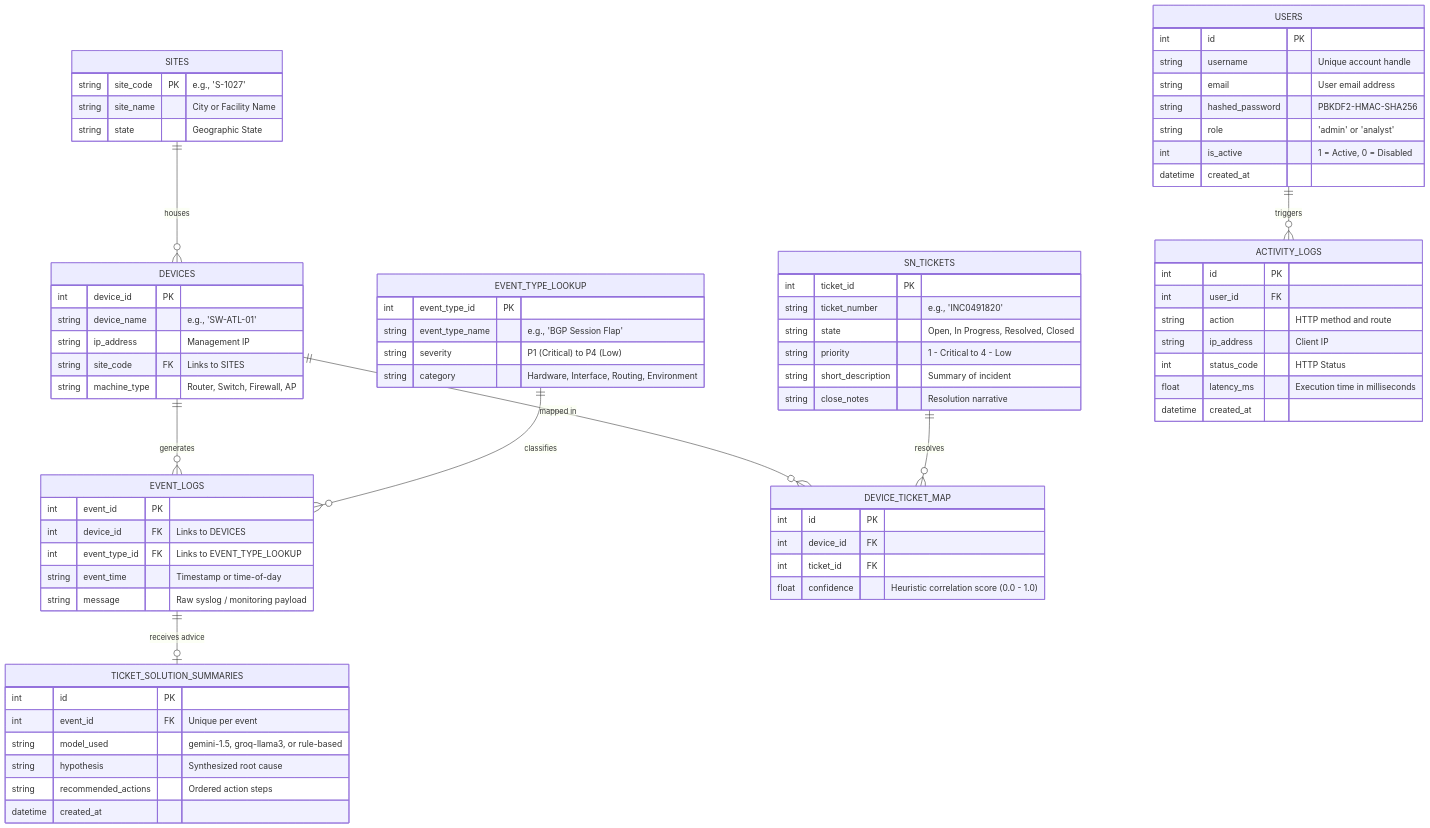
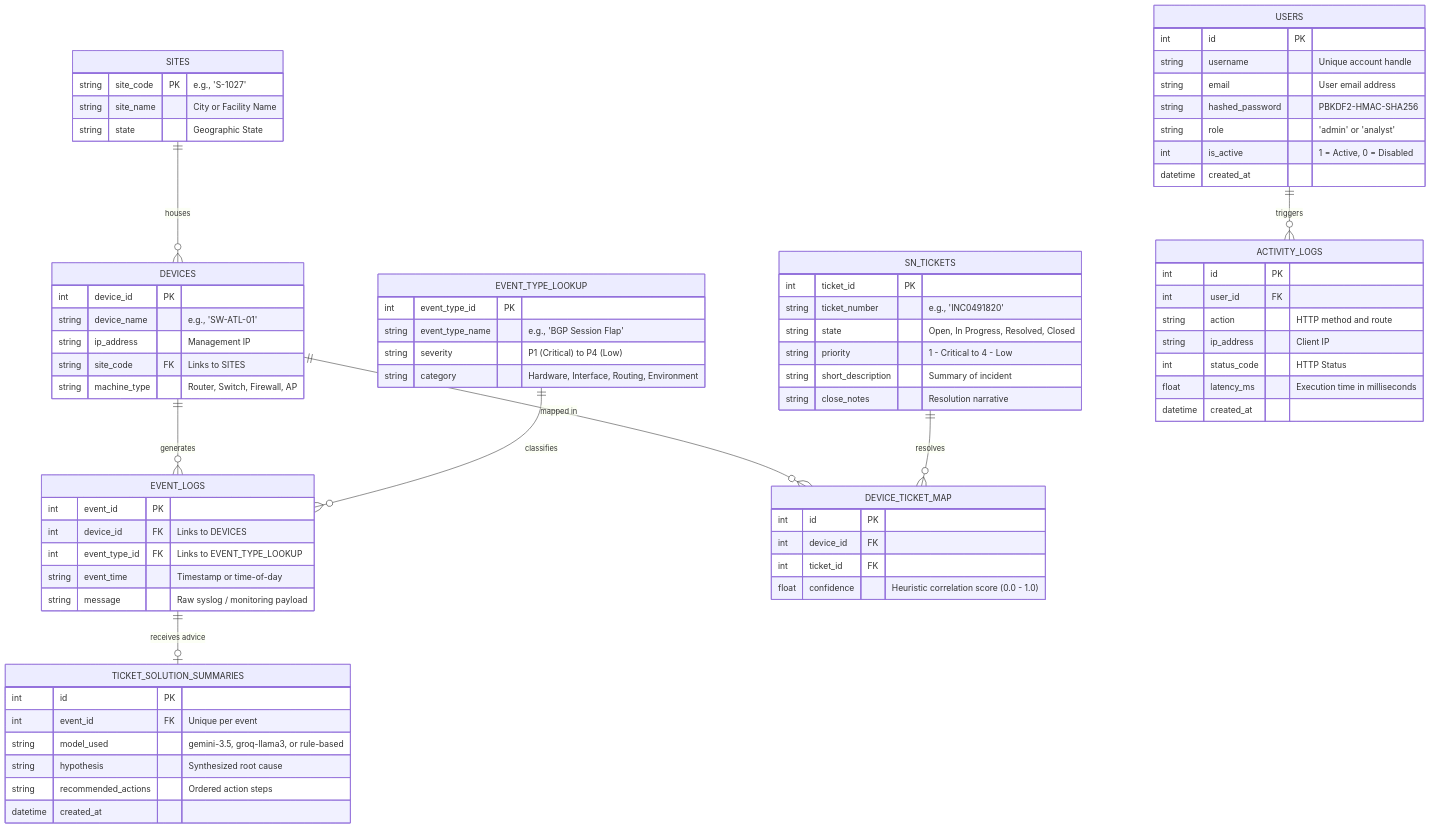
Before and after one commit to sanchiitvijay/noc-ps: the second of 4 diagrams in docs/documentation.md, drawn with Mermaid. The commit also changed other lines of this file and 1 other file, not shown here.

Commit message:
docs: correct Gemini model designation to Gemini 3.5 Flash in documentation and architecture diagrams

```diff
--- a/docs/documentation.md
+++ b/docs/documentation.md
@@ -152,7 +152,7 @@
     TICKET_SOLUTION_SUMMARIES {
         int id PK
         int event_id FK "Unique per event"
-        string model_used "gemini-1.5, groq-llama3, or rule-based"
+        string model_used "gemini-3.5, groq-llama3, or rule-based"
         string hypothesis "Synthesized root cause"
         string recommended_actions "Ordered action steps"
         datetime created_at
```
